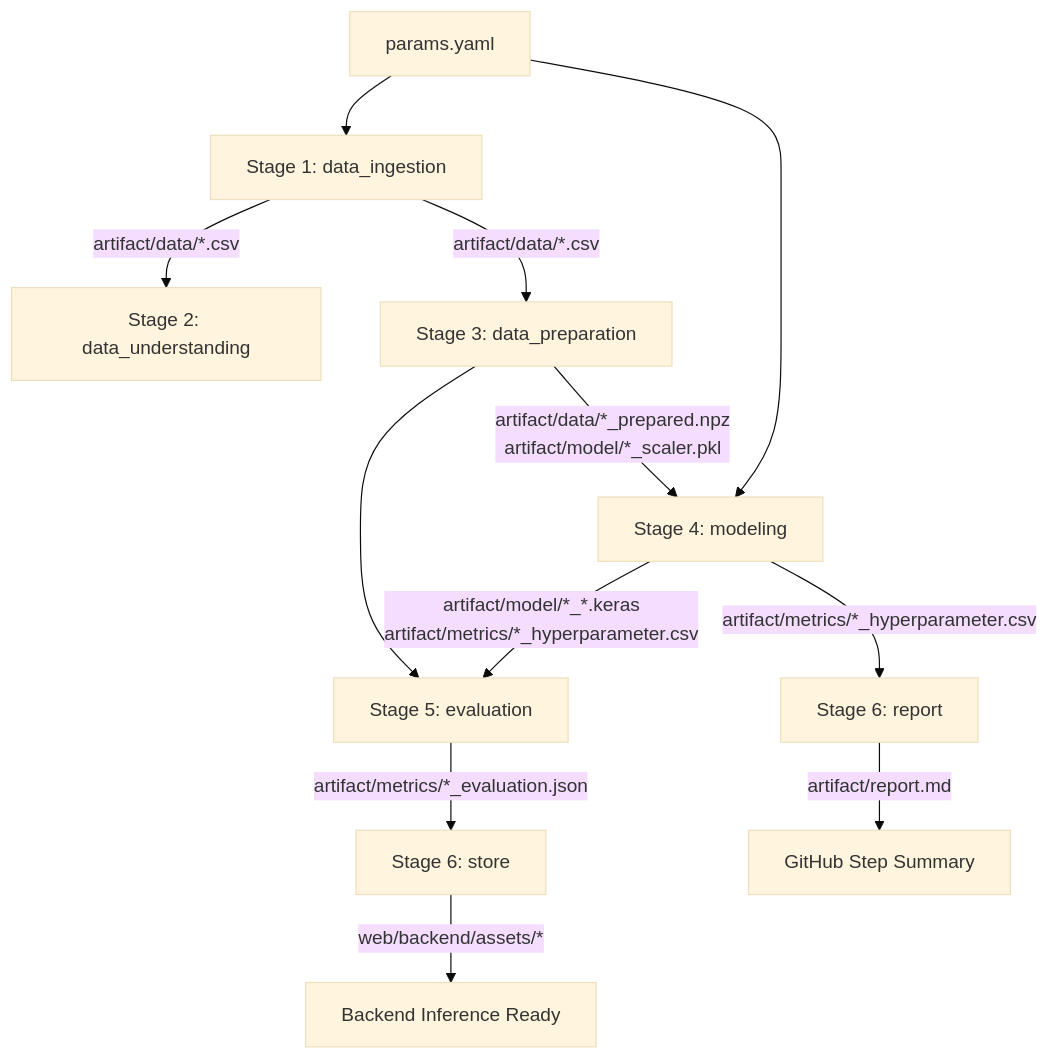
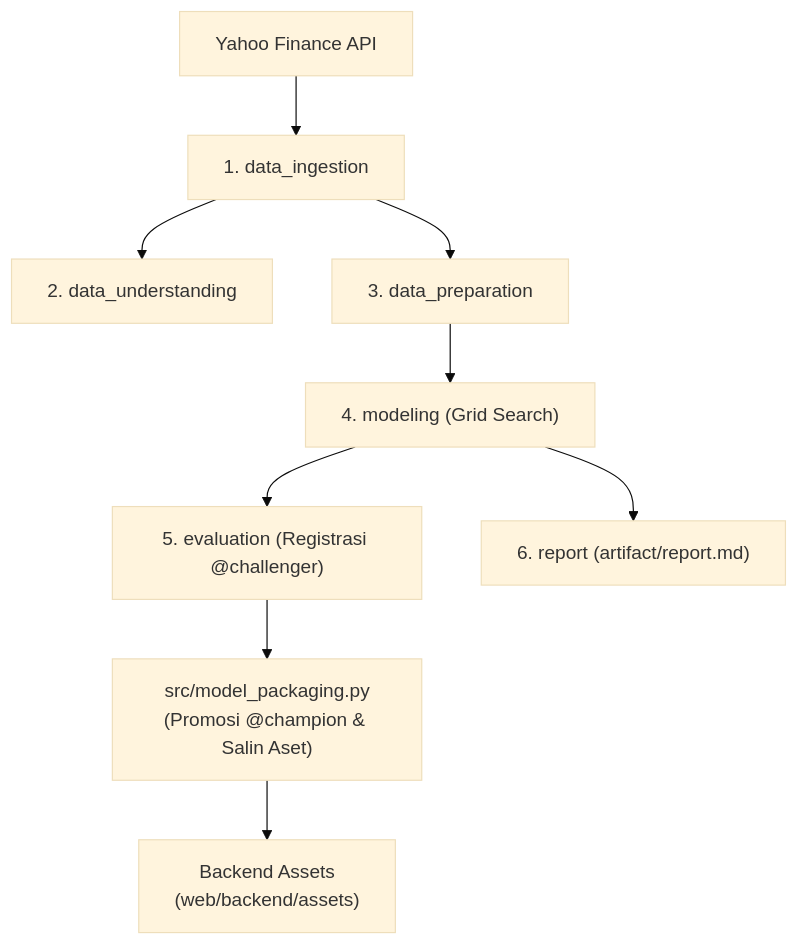
Before and after one commit to qoriib/MLOps-Stock-Forecasting: the diagram in README.md, drawn with Mermaid (base theme). The commit also changed other lines of this file and 25 other files, not shown here.

Commit message:
feat(mlops): integrate model packaging, update DVC tracking, and add backend load testing

````diff
--- a/README.md
+++ b/README.md
@@ -228,18 +23,11 @@
 ```mermaid
-graph TD
-    P[params.yaml] --> S1[Stage 1: data_ingestion]
-    S1 -->|artifact/data/*.csv| S2[Stage 2: data_understanding]
-    S1 -->|artifact/data/*.csv| S3[Stage 3: data_preparation]
-    
-    S3 -->|artifact/data/*_prepared.npz\nartifact/model/*_scaler.pkl| S4[Stage 4: modeling]
-    P --> S4
-    
-    S3 --> S5[Stage 5: evaluation]
-    S4 -->|artifact/model/*_*.keras\nartifact/metrics/*_hyperparameter.csv| S5
-    
-    S5 -->|artifact/metrics/*_evaluation.json| S6[Stage 6: store]
-    S4 -->|artifact/metrics/*_hyperparameter.csv| S7[Stage 6: report]
-    
-    S6 -->|web/backend/assets/*| DEPLOY[Backend Inference Ready]
-    S7 -->|artifact/report.md| SUMMARY[GitHub Step Summary]
+flowchart TD
+    YF["Yahoo Finance API"] --> S1["1. data_ingestion"]
+    S1 --> S2["2. data_understanding"]
+    S1 --> S3["3. data_preparation"]
+    S3 --> S4["4. modeling (Grid Search)"]
+    S4 --> S5["5. evaluation (Registrasi @challenger)"]
+    S4 --> S6["6. report (artifact/report.md)"]
+    S5 --> PKG["src/model_packaging.py\n(Promosi @champion & Salin Aset)"]
+    PKG --> BACKEND["Backend Assets\n(web/backend/assets)"]
 ```
````
